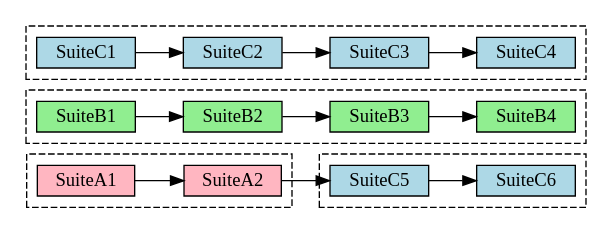
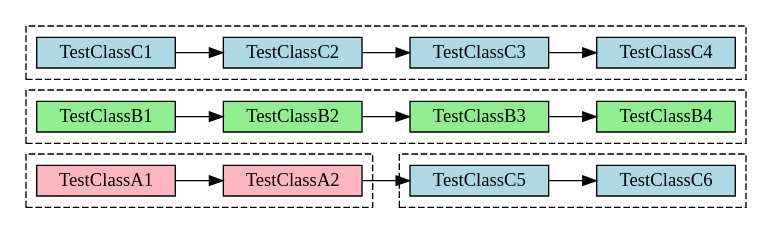
One commit to com-lihaoyi/mill changed the fifth of 5 diagrams in website/blog/modules/ROOT/pages/11-jvm-test-parallelism.adoc. Above: the diagram before and after it, drawn with Graphviz. The commit also changed other lines of this file, not shown here.

````diff
--- a/website/blog/modules/ROOT/pages/11-jvm-test-parallelism.adoc
+++ b/website/blog/modules/ROOT/pages/11-jvm-test-parallelism.adoc
@@ -382,41 +398,41 @@
 ```graphviz
 digraph G {
   rankdir=LR
   node [shape=box width=0 height=0]
 
 
   style="dashed"
   subgraph cluster_a1 {
-    SuiteA1 [style=filled fillcolor=lightpink]
-    SuiteA2 [style=filled fillcolor=lightpink]
+    TestClassA1 [style=filled fillcolor=lightpink]
+    TestClassA2 [style=filled fillcolor=lightpink]
 
   }
 
   subgraph cluster_b1 {
-    SuiteB1 [style=filled fillcolor=lightgreen]
-    SuiteB2 [style=filled fillcolor=lightgreen]
-    SuiteB3 [style=filled fillcolor=lightgreen]
-    SuiteB4 [style=filled fillcolor=lightgreen]
+    TestClassB1 [style=filled fillcolor=lightgreen]
+    TestClassB2 [style=filled fillcolor=lightgreen]
+    TestClassB3 [style=filled fillcolor=lightgreen]
+    TestClassB4 [style=filled fillcolor=lightgreen]
 
   }
 
   subgraph cluster_c1 {
-    SuiteC1 [style=filled fillcolor=lightblue]
-    SuiteC2 [style=filled fillcolor=lightblue]
-    SuiteC3 [style=filled fillcolor=lightblue]
-    SuiteC4 [style=filled fillcolor=lightblue]
+    TestClassC1 [style=filled fillcolor=lightblue]
+    TestClassC2 [style=filled fillcolor=lightblue]
+    TestClassC3 [style=filled fillcolor=lightblue]
+    TestClassC4 [style=filled fillcolor=lightblue]
 
   }
   subgraph cluster_c5 {
-    SuiteC5 [style=filled fillcolor=lightblue]
-    SuiteC6 [style=filled fillcolor=lightblue]
+    TestClassC5 [style=filled fillcolor=lightblue]
+    TestClassC6 [style=filled fillcolor=lightblue]
   }
 
 
 
-  SuiteA1 -> SuiteA2 -> SuiteC5 -> SuiteC6
-  SuiteB1 -> SuiteB2 -> SuiteB3 -> SuiteB4
+  TestClassA1 -> TestClassA2 -> TestClassC5 -> TestClassC6
+  TestClassB1 -> TestClassB2 -> TestClassB3 -> TestClassB4
 
-  SuiteC1 -> SuiteC2 -> SuiteC3 -> SuiteC4
+  TestClassC1 -> TestClassC2 -> TestClassC3 -> TestClassC4
 }
 ```
````
